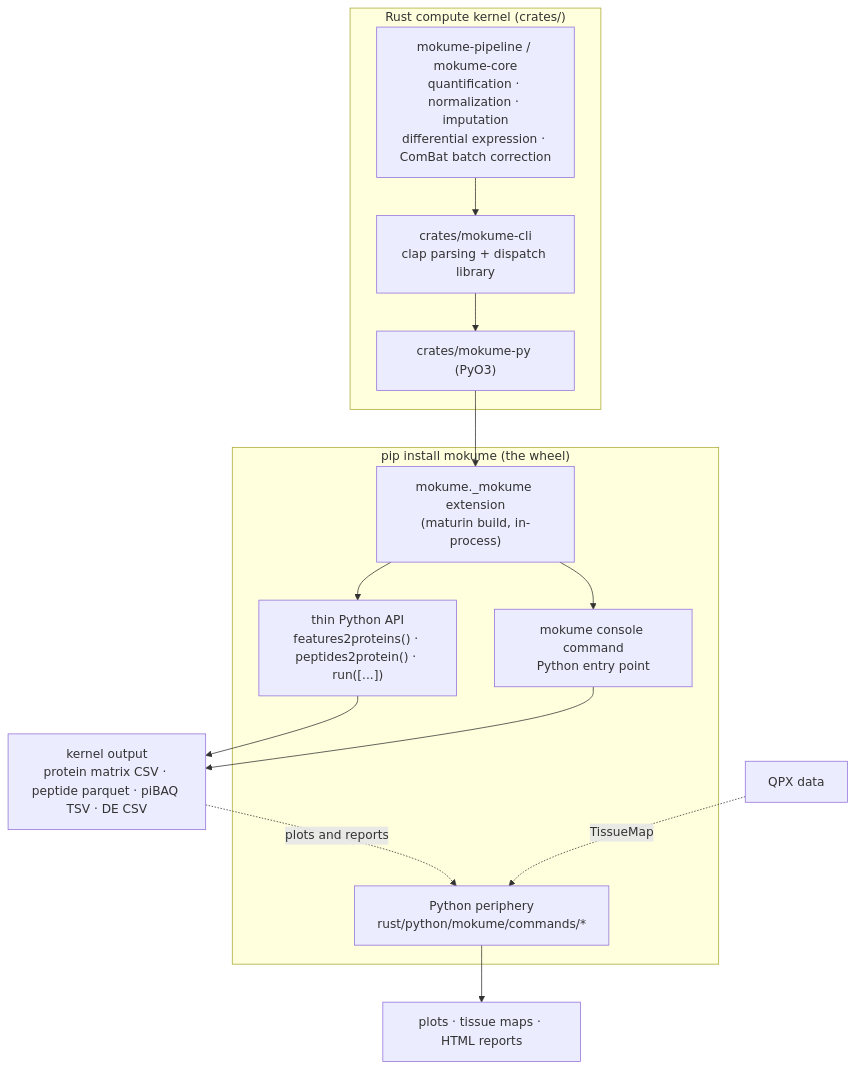
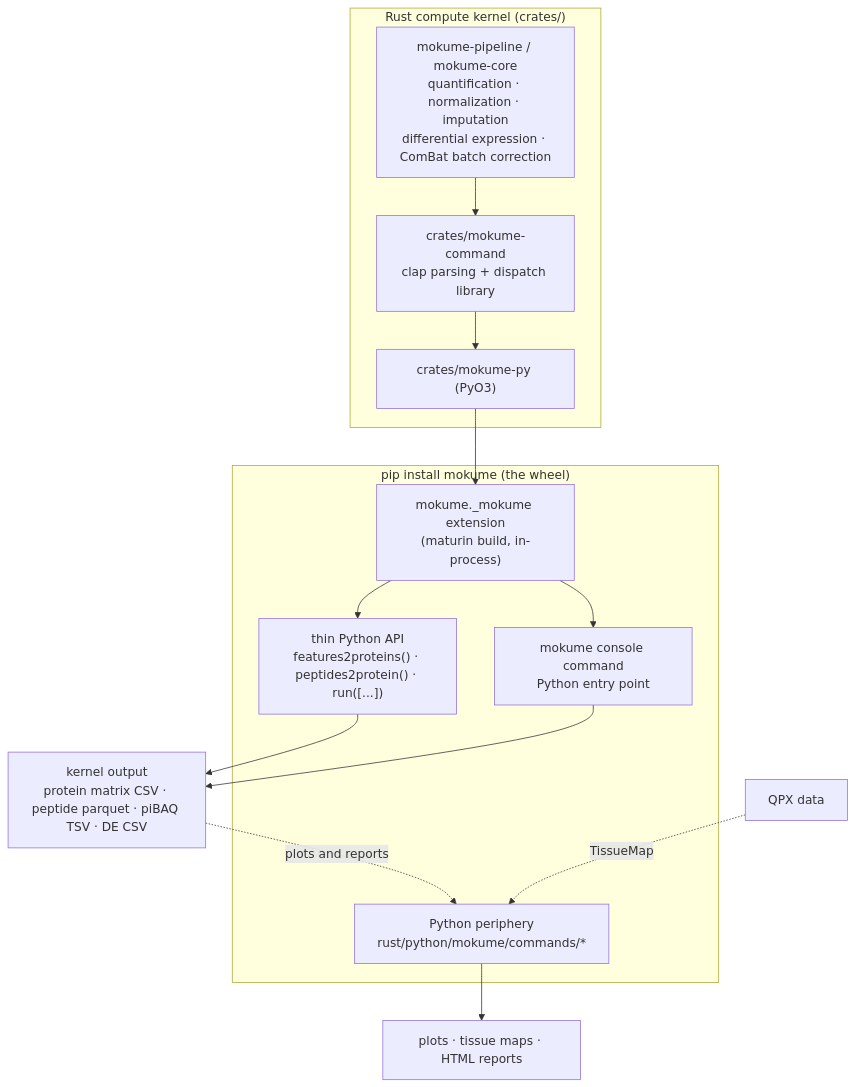
One commit to Shen-YuFei/mokume changed the diagram in docs/architecture.md. Above: the diagram before and after it, drawn with Mermaid. The commit also changed other lines of this file and 50 other files, not shown here.

````diff
--- a/docs/architecture.md
+++ b/docs/architecture.md
@@ -27,30 +27,30 @@
 ```mermaid
 flowchart TB
     subgraph rust["Rust compute kernel (crates/)"]
         crates["mokume-pipeline / mokume-core<br/>quantification · normalization · imputation<br/>differential expression · ComBat batch correction"]
-        cli_crate["crates/mokume-cli<br/>clap parsing + dispatch library"]
+        command_crate["crates/mokume-command<br/>clap parsing + dispatch library"]
         py_crate["crates/mokume-py (PyO3)"]
-        crates --> cli_crate
-        cli_crate --> py_crate
+        crates --> command_crate
+        command_crate --> py_crate
     end
 
     ext["mokume._mokume extension<br/>(maturin build, in-process)"]
     py_crate --> ext
 
     subgraph wheel["pip install mokume (the wheel)"]
         ext
         api["thin Python API<br/>features2proteins() · peptides2protein() · run([...])"]
         console["mokume console command<br/>Python entry point"]
         periphery["Python periphery<br/>rust/python/mokume/commands/*"]
         ext --> api
         ext --> console
     end
 
     out["kernel output<br/>protein matrix CSV · peptide parquet · piBAQ TSV · DE CSV"]
     qpx["QPX data"]
     api --> out
     console --> out
     out -. plots and reports .-> periphery
     qpx -. TissueMap .-> periphery
     periphery --> figs["plots · tissue maps · HTML reports"]
 ```
````
